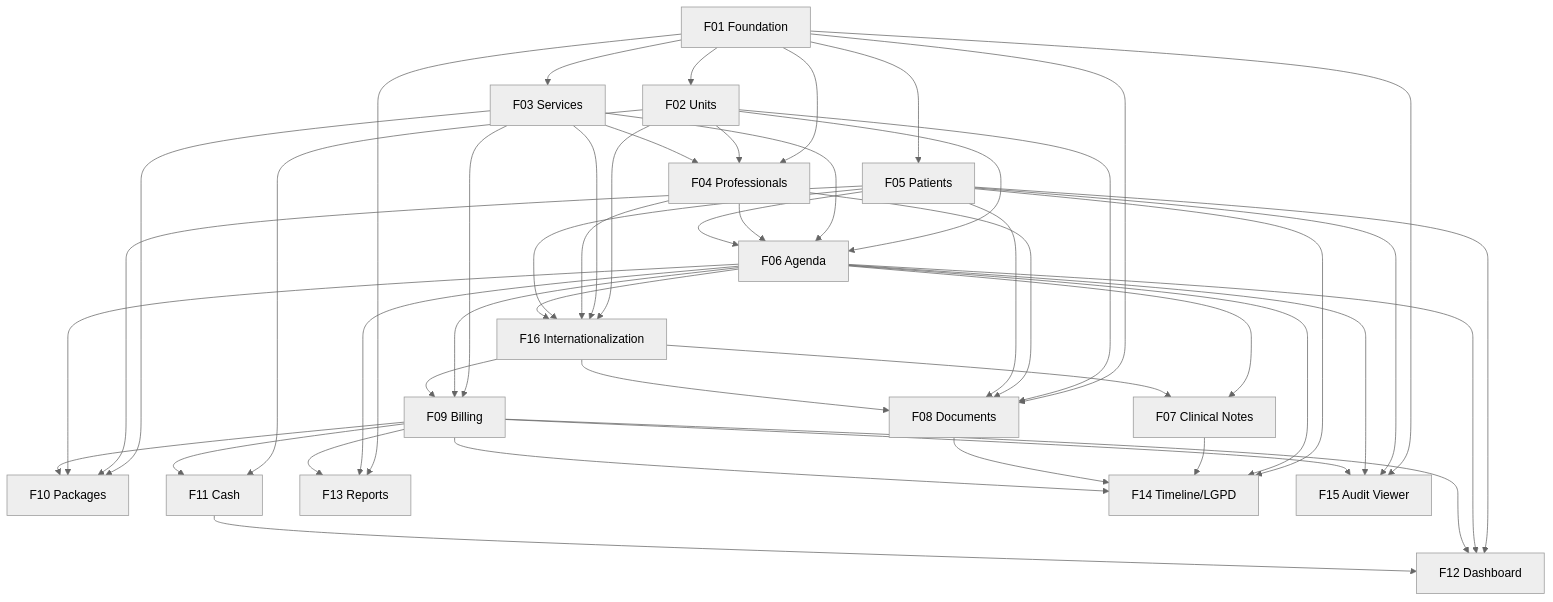
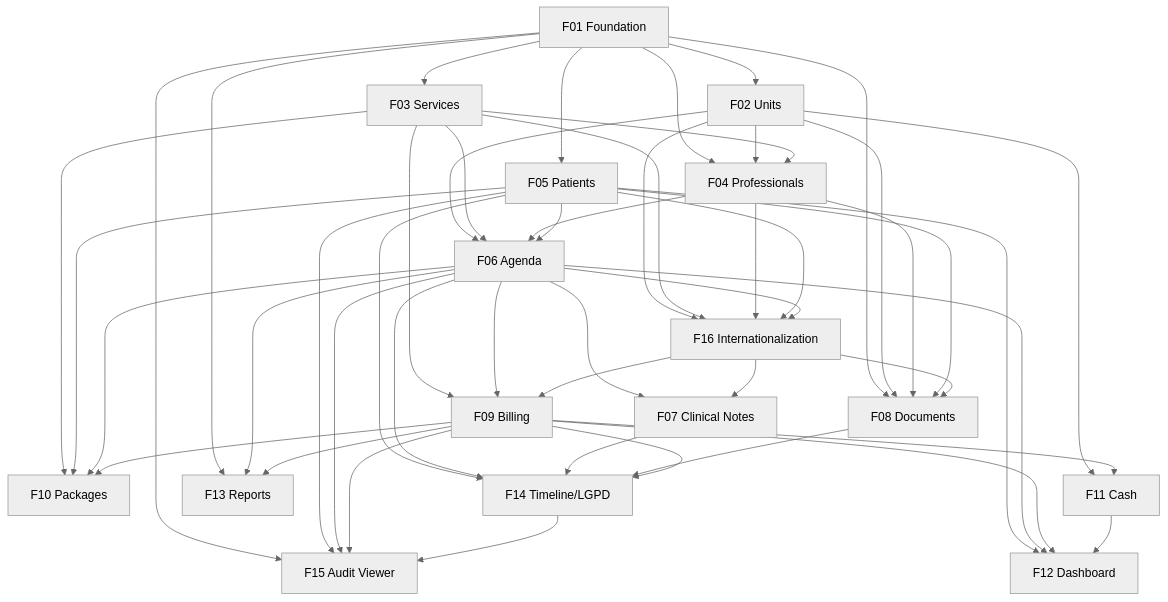
One commit to dennysvf/GCli changed the diagram in docs/prd.en.md. Above: the diagram before and after it, drawn with Mermaid (neutral theme). The commit also changed other lines of this file and 4 other files, not shown here.

````diff
--- a/docs/prd.en.md
+++ b/docs/prd.en.md
@@ -910,50 +911,51 @@
 ```mermaid
 graph TD
   F01[F01 Foundation] --> F02[F02 Units]
   F01 --> F03[F03 Services]
   F01 --> F04[F04 Professionals]
   F02 --> F04
   F03 --> F04
   F01 --> F05[F05 Patients]
   F02 --> F06[F06 Agenda]
   F03 --> F06
   F04 --> F06
   F05 --> F06
   F06 --> F07[F07 Clinical Notes]
   F01 --> F08[F08 Documents]
   F02 --> F08
   F04 --> F08
   F05 --> F08
   F03 --> F09[F09 Billing]
   F06 --> F09
   F03 --> F10[F10 Packages]
   F05 --> F10
   F06 --> F10
   F09 --> F10
   F02 --> F11[F11 Cash]
   F09 --> F11
   F05 --> F12[F12 Dashboard]
   F06 --> F12
   F09 --> F12
   F11 --> F12
   F01 --> F13[F13 Reports]
   F06 --> F13
   F09 --> F13
   F05 --> F14[F14 Timeline/LGPD]
   F06 --> F14
   F07 --> F14
   F08 --> F14
   F09 --> F14
   F01 --> F15[F15 Audit Viewer]
   F05 --> F15
   F06 --> F15
   F09 --> F15
+  F14 --> F15
   F02 --> F16[F16 Internationalization]
   F03 --> F16
   F04 --> F16
   F05 --> F16
   F06 --> F16
   F16 --> F07
   F16 --> F08
   F16 --> F09
 ```
````
